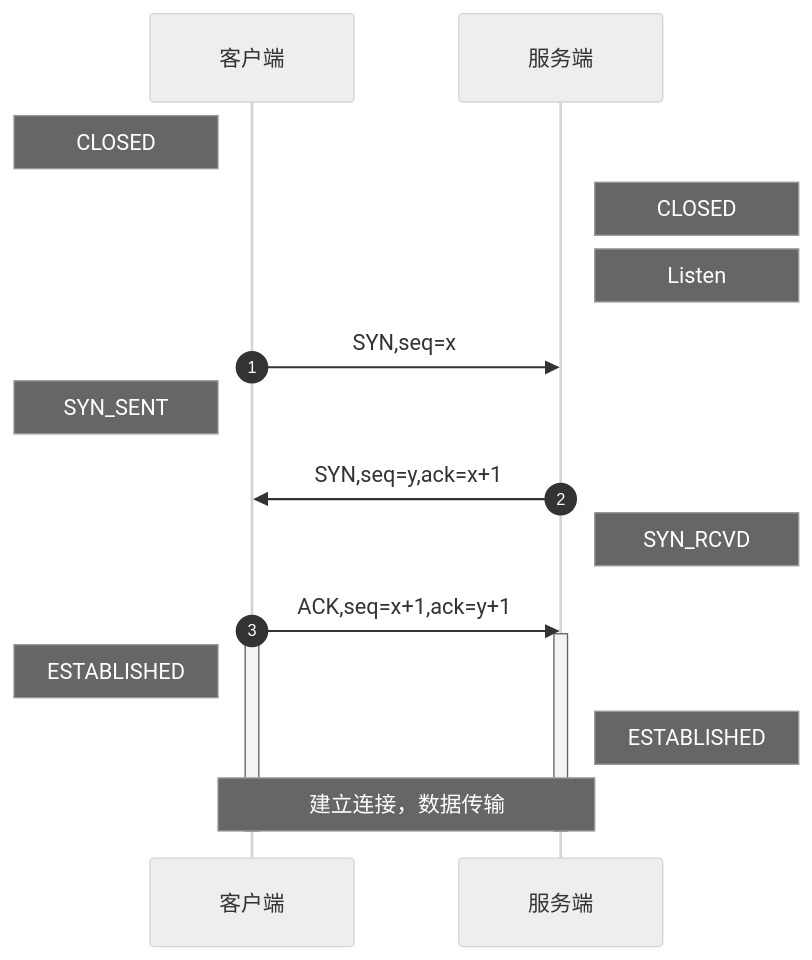
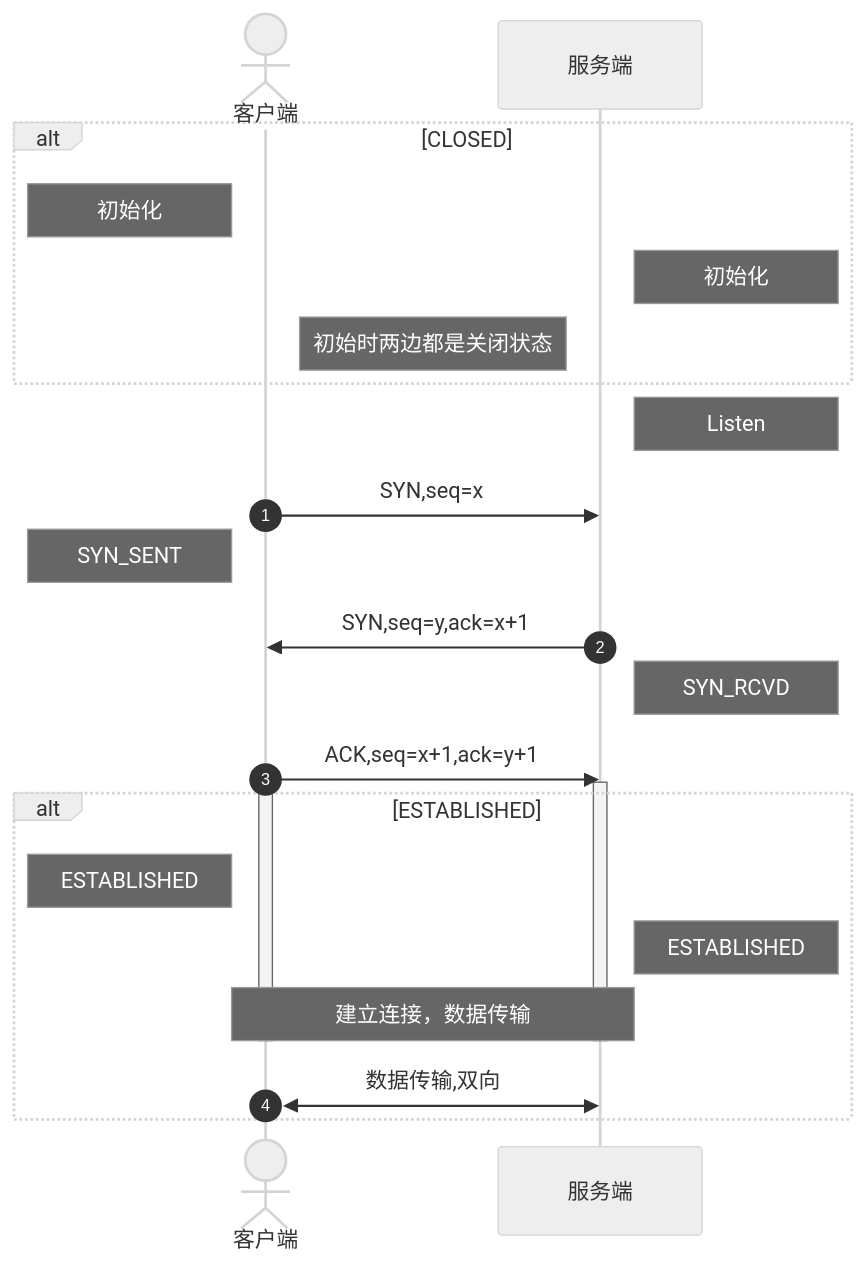
Before and after one commit to kyriejoshua/network-protocol-notes: the fourth of 5 diagrams in lib/底层网络知识之重要的传输层/TCP/index.md, drawn with Mermaid (neutral theme). The commit also changed other lines of this file and 2 other files, not shown here.

````diff
--- a/lib/底层网络知识之重要的传输层/TCP/index.md
+++ b/lib/底层网络知识之重要的传输层/TCP/index.md
@@ -46,19 +117,26 @@
 ```mermaid
 sequenceDiagram
   autonumber
-	Note left of 客户端: CLOSED
-	Note right of 服务端: CLOSED
+  actor 客户端
+  alt CLOSED
+	Note left of 客户端: 初始化
+	Note right of 服务端: 初始化
+	Note right of 客户端: 初始时两边都是关闭状态
+	end
 	Note right of 服务端: Listen
 	客户端->>服务端: SYN,seq=x
 	Note left of 客户端: SYN_SENT
 	服务端->>客户端: SYN,seq=y,ack=x+1
 	Note right of 服务端: SYN_RCVD
 	客户端->>服务端: ACK,seq=x+1,ack=y+1
 	activate 客户端
 	activate 服务端
+	alt ESTABLISHED
 	Note left of 客户端: ESTABLISHED
 	Note right of 服务端: ESTABLISHED
 	Note over 客户端,服务端: 建立连接，数据传输
 	deactivate 客户端
 	deactivate 服务端
+	客户端 <<->>服务端: 数据传输,双向
+	end
 ```
````
